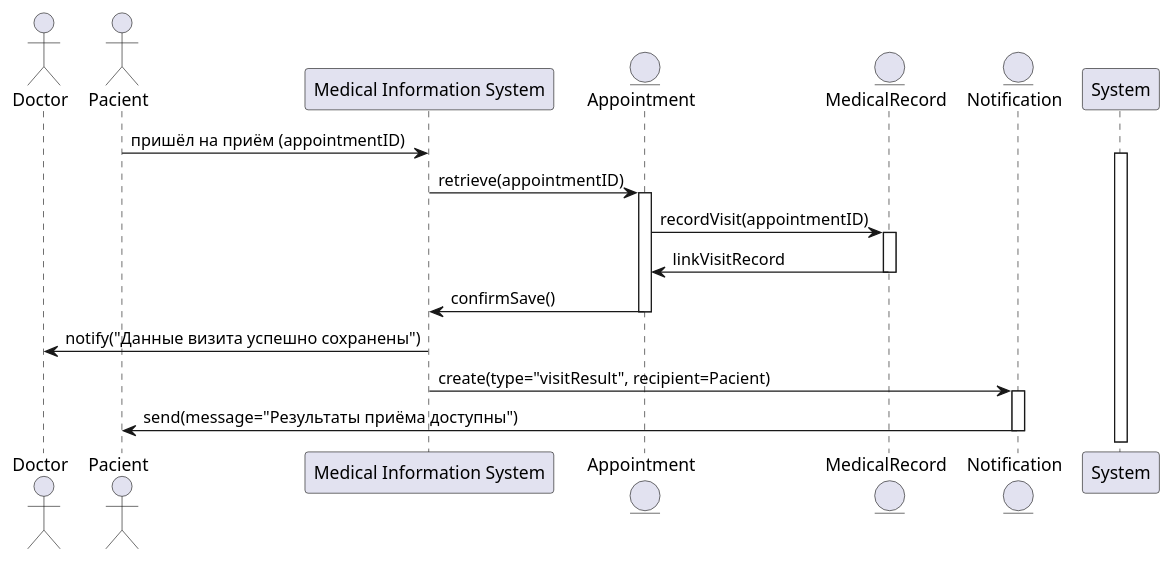
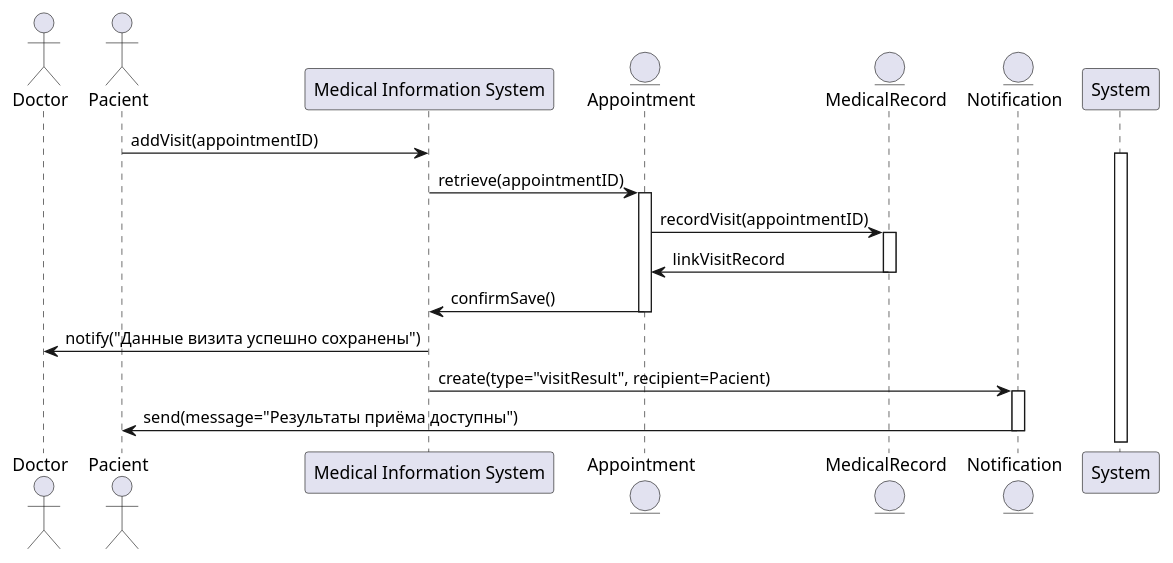
Before and after one commit to penamarth/bsbo-13-23_team3_var3_clinic: the diagram in Прецеденты/Диаграммы последовательностей/Проведение приёма/Проведение приёма.puml, drawn with PlantUML.

Commit message:
Update Проведение приёма.puml
v2.0

```diff
--- a/Прецеденты/Диаграммы последовательностей/Проведение приёма/Проведение приёма.puml
+++ b/Прецеденты/Диаграммы последовательностей/Проведение приёма/Проведение приёма.puml
@@ -1,25 +1,25 @@
 @startuml
 actor Doctor
 actor Pacient
 
 participant "Medical Information System" as MIS
 entity Appointment
 entity MedicalRecord
 entity Notification
 
-Pacient -> MIS : пришёл на приём (appointmentID)
+Pacient -> MIS : addVisit(appointmentID)
 activate System
 MIS -> Appointment : retrieve(appointmentID)
 activate Appointment
 Appointment -> MedicalRecord : recordVisit(appointmentID)
 activate MedicalRecord
 MedicalRecord -> Appointment : linkVisitRecord
 deactivate MedicalRecord
 Appointment -> MIS : confirmSave()
 deactivate Appointment
 MIS -> Doctor : notify("Данные визита успешно сохранены")
 MIS -> Notification : create(type="visitResult", recipient=Pacient)
 activate Notification
 Notification -> Pacient : send(message="Результаты приёма доступны")
 deactivate Notification
 @enduml
```
